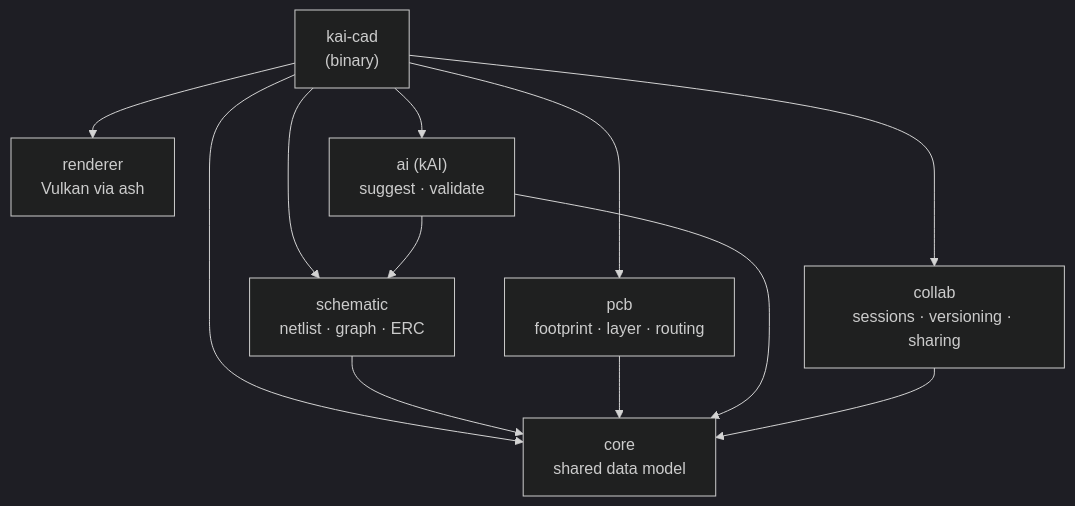
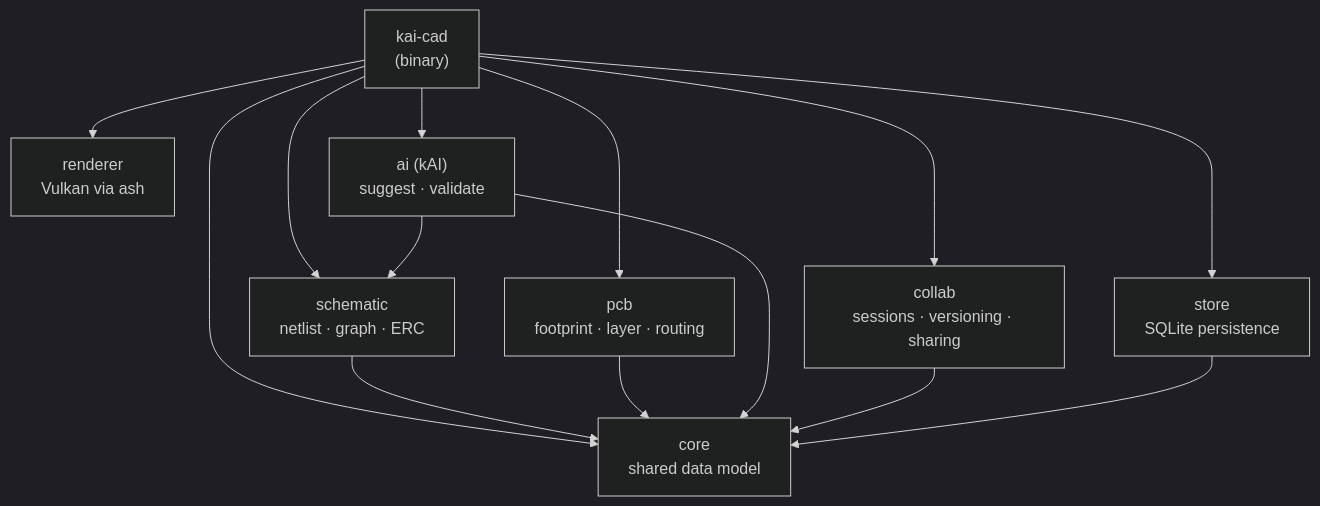
One commit to sneakylizard123-4/KaiCad changed the first of 3 diagrams in docs/ARCHITECTURE.md. Above: the diagram before and after it, drawn with Mermaid (dark theme). The commit also changed other lines of this file and 17 other files, not shown here.

First line of the commit message:
feat(store): add SQLite engineering database with project CRUD

````diff
--- a/docs/ARCHITECTURE.md
+++ b/docs/ARCHITECTURE.md
@@ -18,23 +18,26 @@
 ```mermaid
 graph TD
     app["kai-cad<br/>(binary)"]
     core["core<br/>shared data model"]
     schematic["schematic<br/>netlist · graph · ERC"]
     pcb["pcb<br/>footprint · layer · routing"]
     renderer["renderer<br/>Vulkan via ash"]
     ai["ai (kAI)<br/>suggest · validate"]
     collab["collab<br/>sessions · versioning · sharing"]
+    store["store<br/>SQLite persistence"]
 
     app --> core
     app --> schematic
     app --> pcb
     app --> renderer
     app --> ai
     app --> collab
+    app --> store
 
     schematic --> core
     pcb --> core
     ai --> core
     ai --> schematic
     collab --> core
+    store --> core
 ```
````
